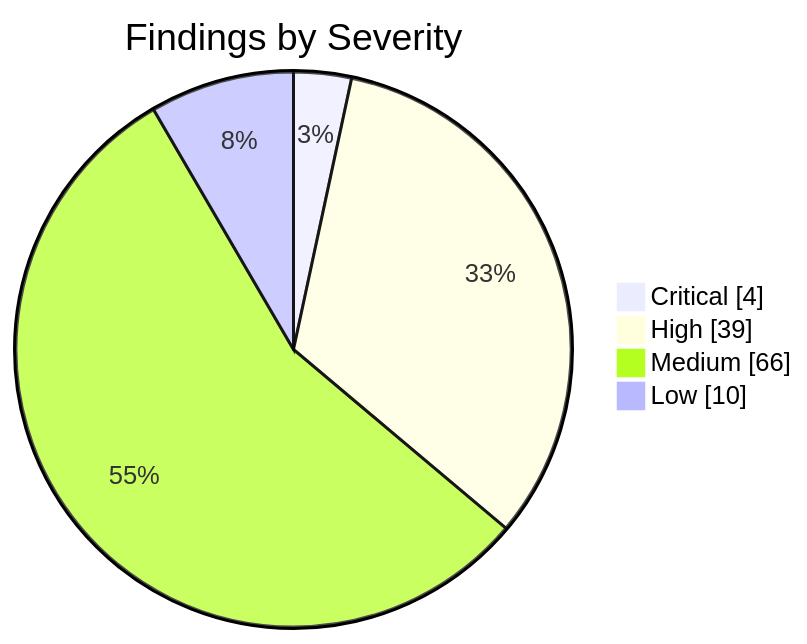
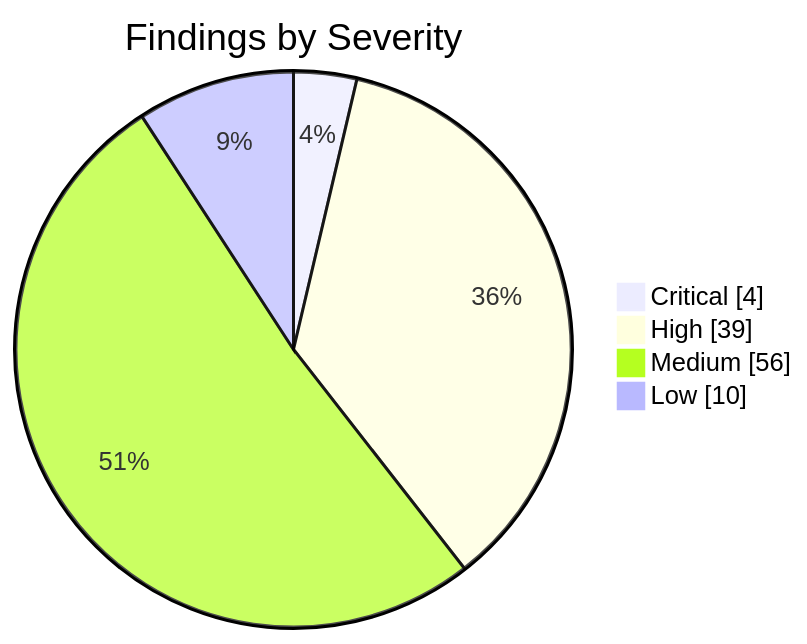
The first of 2 diagrams in apps/kbve/astro-kbve/src/content/docs/dashboard/security.mdx (KBVE/kbve), drawn with Mermaid before and after one commit. The commit also changed other lines of this file and 1 other file, not shown here.

````diff
--- a/apps/kbve/astro-kbve/src/content/docs/dashboard/security.mdx
+++ b/apps/kbve/astro-kbve/src/content/docs/dashboard/security.mdx
@@ -148,8 +148,8 @@
 ```mermaid
 pie showData
     title Findings by Severity
     "Critical" : 4
     "High" : 39
-    "Medium" : 66
+    "Medium" : 56
     "Low" : 10
 ```
````
